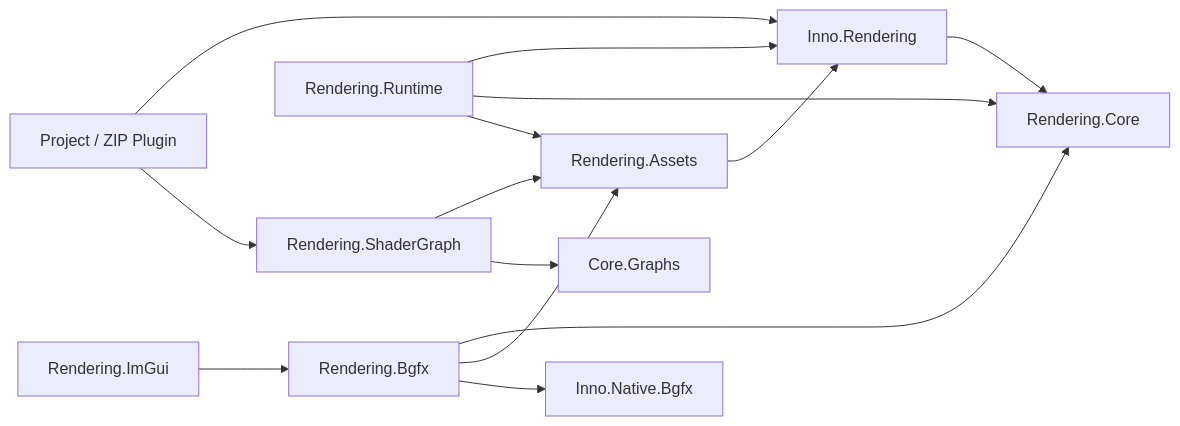
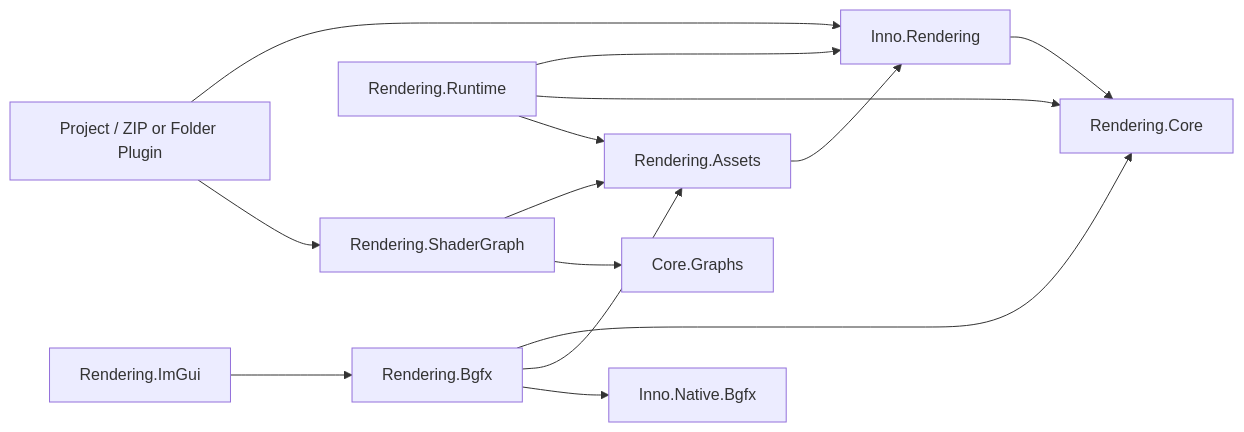
One commit to FLwolfy/InnoEngine changed the diagram in docs/render/README.md. Above: the diagram before and after it, drawn with Mermaid. The commit also changed other lines of this file and 63 other files, not shown here.

Commit message:
Support both zip and folder plugin

````diff
--- a/docs/render/README.md
+++ b/docs/render/README.md
@@ -25,16 +25,16 @@
 ```mermaid
 flowchart LR
-    Plugin["Project / ZIP Plugin"] --> Rendering["Inno.Rendering"]
+    Plugin["Project / ZIP or Folder Plugin"] --> Rendering["Inno.Rendering"]
     Plugin --> ShaderGraph["Rendering.ShaderGraph"]
     Runtime["Rendering.Runtime"] --> Rendering
     Rendering --> Core["Rendering.Core"]
     Assets["Rendering.Assets"] --> Rendering
     ShaderGraph --> Assets
     ShaderGraph --> Graphs["Core.Graphs"]
     Runtime --> Core
     Runtime --> Assets
     Bgfx["Rendering.Bgfx"] --> Core
     Bgfx --> Assets
     Bgfx --> Native["Inno.Native.Bgfx"]
     ImGui["Rendering.ImGui"] --> Bgfx
 ```
````
